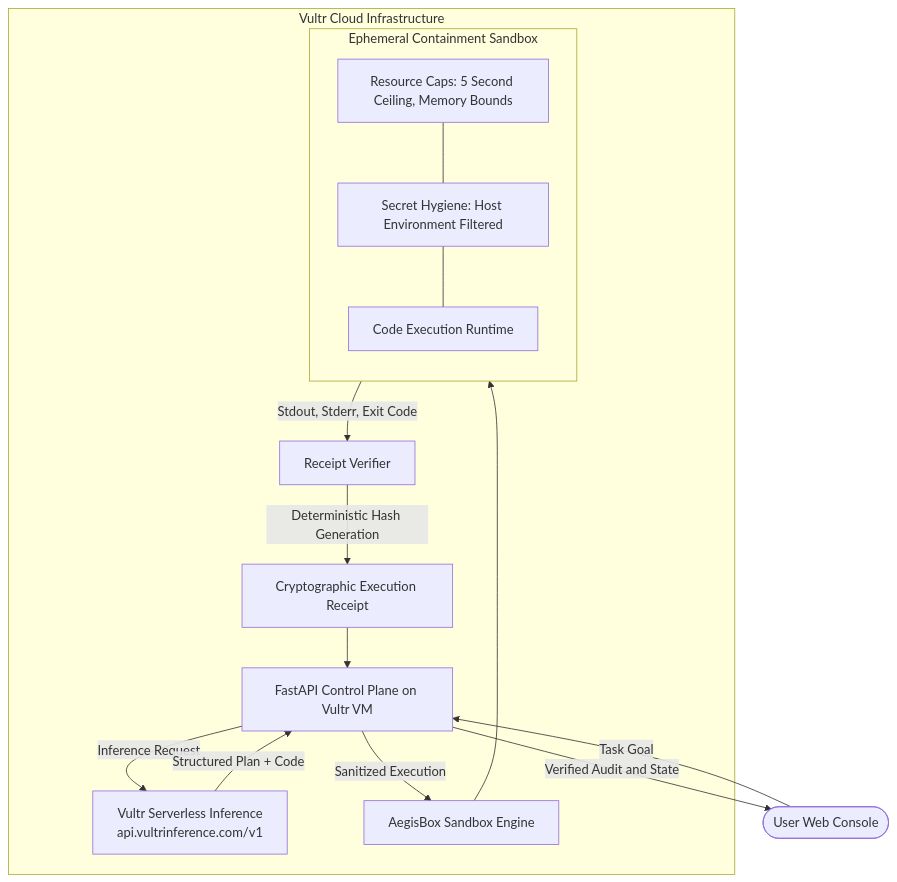
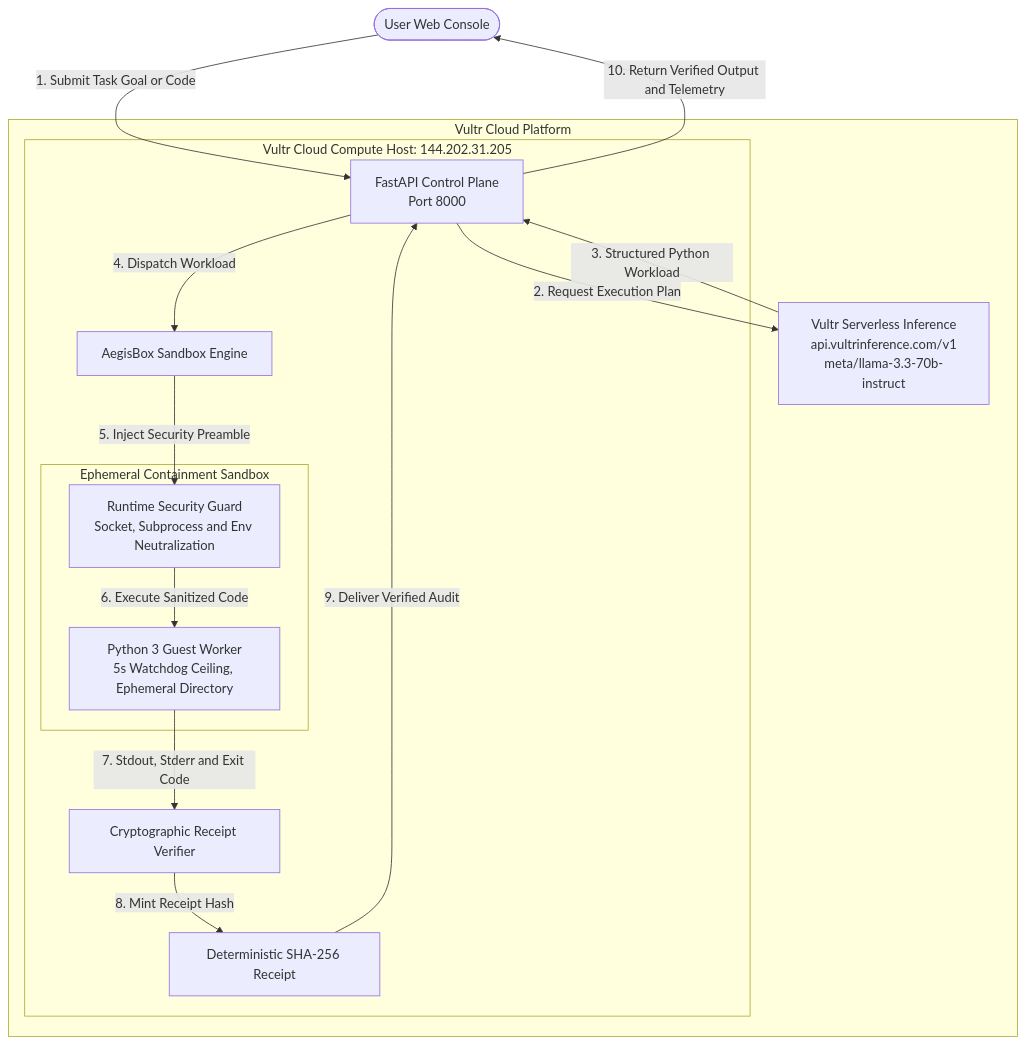
Before and after one commit to Modeste01/aegisbox: the diagram in README.md, drawn with Mermaid.

Commit message:
docs: align and fix Mermaid architecture diagram layout and arrow connections

````diff
--- a/README.md
+++ b/README.md
@@ -19,26 +19,29 @@
 ```mermaid
 flowchart TD
-    User([User Web Console]) -->|Task Goal| API[FastAPI Control Plane on Vultr VM]
+    User([User Web Console]) -->|1. Submit Task Goal or Code| API[FastAPI Control Plane\nPort 8000]
     
-    subgraph VultrCloud["Vultr Cloud Infrastructure"]
-        API -->|Inference Request| VSI["Vultr Serverless Inference\napi.vultrinference.com/v1"]
-        VSI -->|Structured Plan + Code| API
-        
-        API -->|Sanitized Execution| Engine[AegisBox Sandbox Engine]
-        
-        subgraph Sandbox["Ephemeral Containment Sandbox"]
-            direction TB
-            Limits["Resource Caps: 5 Second Ceiling, Memory Bounds"]
-            Secrets["Secret Hygiene: Host Environment Filtered"]
-            CodeExec["Code Execution Runtime"]
-            Limits --- Secrets --- CodeExec
+    subgraph VultrCloud["Vultr Cloud Platform"]
+        subgraph VultrVM["Vultr Cloud Compute Host: 144.202.31.205"]
+            API -->|4. Dispatch Workload| Engine[AegisBox Sandbox Engine]
+            
+            subgraph Sandbox["Ephemeral Containment Sandbox"]
+                Guard["Runtime Security Guard\nSocket, Subprocess and Env Neutralization"]
+                Worker["Python 3 Guest Worker\n5s Watchdog Ceiling, Ephemeral Directory"]
+                Guard -->|6. Execute Sanitized Code| Worker
+            end
+            
+            Engine -->|5. Inject Security Preamble| Guard
+            Verifier[Cryptographic Receipt Verifier]
+            Worker -->|7. Stdout, Stderr and Exit Code| Verifier
+            Receipt[Deterministic SHA-256 Receipt]
+            Verifier -->|8. Mint Receipt Hash| Receipt
+            Receipt -->|9. Deliver Verified Audit| API
         end
         
-        Engine --> Sandbox
-        Sandbox -->|Stdout, Stderr, Exit Code| Verifier[Receipt Verifier]
-        Verifier -->|Deterministic Hash Generation| Receipt["Cryptographic Execution Receipt"]
+        VSI["Vultr Serverless Inference\napi.vultrinference.com/v1\nmeta/llama-3.3-70b-instruct"]
+        API -->|2. Request Execution Plan| VSI
+        VSI -->|3. Structured Python Workload| API
     end
     
-    Receipt --> API
-    API -->|Verified Audit and State| User
+    API -->|10. Return Verified Output and Telemetry| User
 ```
````
